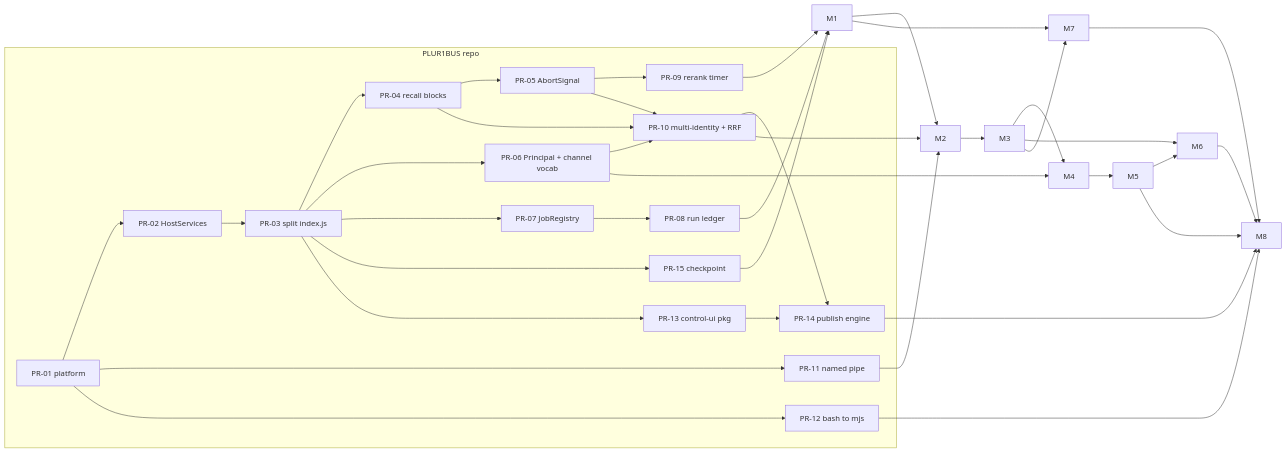
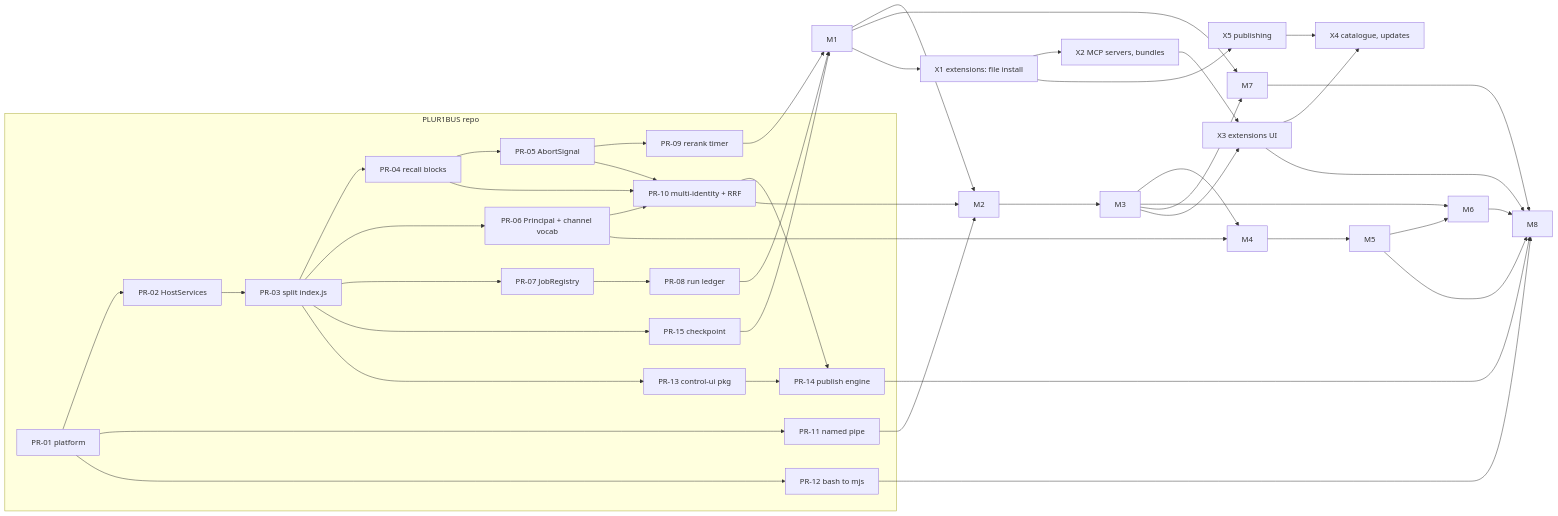
One commit to Cyb3rb1ade/PLUR1BUS-Harness changed the diagram in docs/milestones.md. Above: the diagram before and after it, drawn with Mermaid. The commit also changed other lines of this file and 2 other files, not shown here.

First line of the commit message:
docs(extensions): design the skills and plugins ecosystem (D79-D85, track X)

````diff
--- a/docs/milestones.md
+++ b/docs/milestones.md
@@ -264,20 +280,24 @@
 ```mermaid
 graph LR
   subgraph engine[PLUR1BUS repo]
     P01[PR-01 platform] --> P02[PR-02 HostServices] --> P03[PR-03 split index.js]
     P03 --> P04[PR-04 recall blocks] --> P05[PR-05 AbortSignal] --> P09[PR-09 rerank timer]
     P03 --> P06[PR-06 Principal + channel vocab]
     P03 --> P07[PR-07 JobRegistry] --> P08[PR-08 run ledger]
     P03 --> P15[PR-15 checkpoint]
     P04 & P05 & P06 --> P10[PR-10 multi-identity + RRF]
     P01 --> P11[PR-11 named pipe] & P12[PR-12 bash to mjs]
     P03 --> P13[PR-13 control-ui pkg] --> P14[PR-14 publish engine]
     P10 --> P14
   end
   P08 & P09 & P15 --> M1
   M1 & P10 & P11 --> M2 --> M3
   M3 & P06 --> M4 --> M5
   M3 & M5 --> M6
   M1 & M3 --> M7
   M5 & M6 & M7 & P14 & P12 --> M8
+  M1 --> X1[X1 extensions: file install] --> X2[X2 MCP servers, bundles] --> X3[X3 extensions UI]
+  M3 --> X3 --> X4[X4 catalogue, updates]
+  X1 --> X5[X5 publishing] --> X4
+  X3 --> M8
 ```
````
